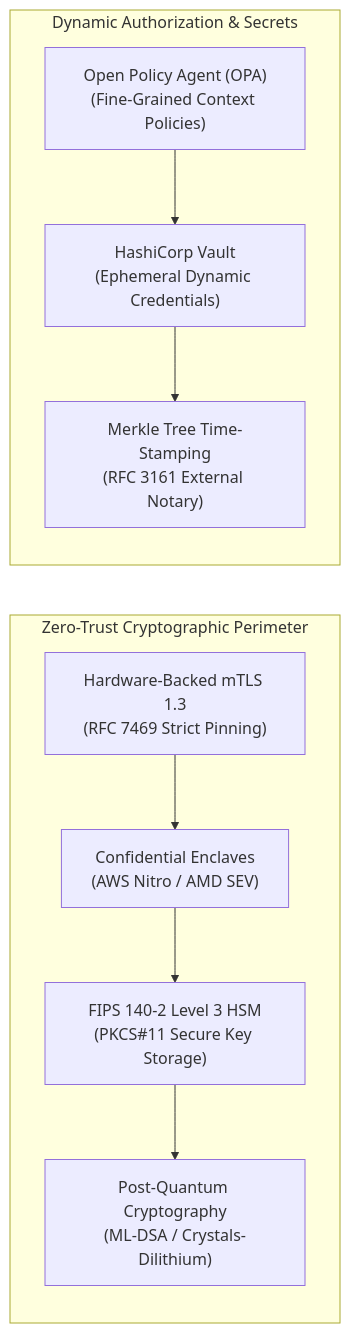
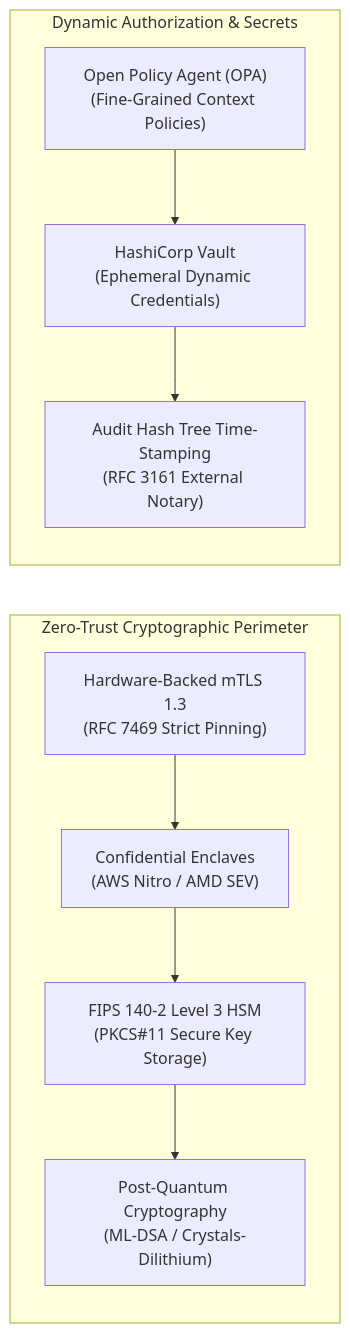
Before and after one commit to Sidd2721/AICTE-: the third of 5 diagrams in docs/IMPACTS_IMPROVEMENTS_SECURITY_FRAUD_PREVENTION.md, drawn with Mermaid. The commit also changed other lines of this file, not shown here.

````diff
--- a/docs/IMPACTS_IMPROVEMENTS_SECURITY_FRAUD_PREVENTION.md
+++ b/docs/IMPACTS_IMPROVEMENTS_SECURITY_FRAUD_PREVENTION.md
@@ -190,23 +190,23 @@
 ```mermaid
 flowchart LR
     subgraph ZeroTrust ["Zero-Trust Cryptographic Perimeter"]
         direction TB
         mTLS["Hardware-Backed mTLS 1.3<br/>(RFC 7469 Strict Pinning)"]
         HSM["FIPS 140-2 Level 3 HSM<br/>(PKCS#11 Secure Key Storage)"]
         Enclave["Confidential Enclaves<br/>(AWS Nitro / AMD SEV)"]
         PQC["Post-Quantum Cryptography<br/>(ML-DSA / Crystals-Dilithium)"]
     end
 
     subgraph AccessControl ["Dynamic Authorization & Secrets"]
         direction TB
         ABAC["Open Policy Agent (OPA)<br/>(Fine-Grained Context Policies)"]
         Vault["HashiCorp Vault<br/>(Ephemeral Dynamic Credentials)"]
-        AuditChain["Merkle Tree Time-Stamping<br/>(RFC 3161 External Notary)"]
+        AuditChain["Audit Hash Tree Time-Stamping<br/>(RFC 3161 External Notary)"]
     end
 
     mTLS --> Enclave
     Enclave --> HSM
     HSM --> PQC
     ABAC --> Vault
     Vault --> AuditChain
 ```
````
